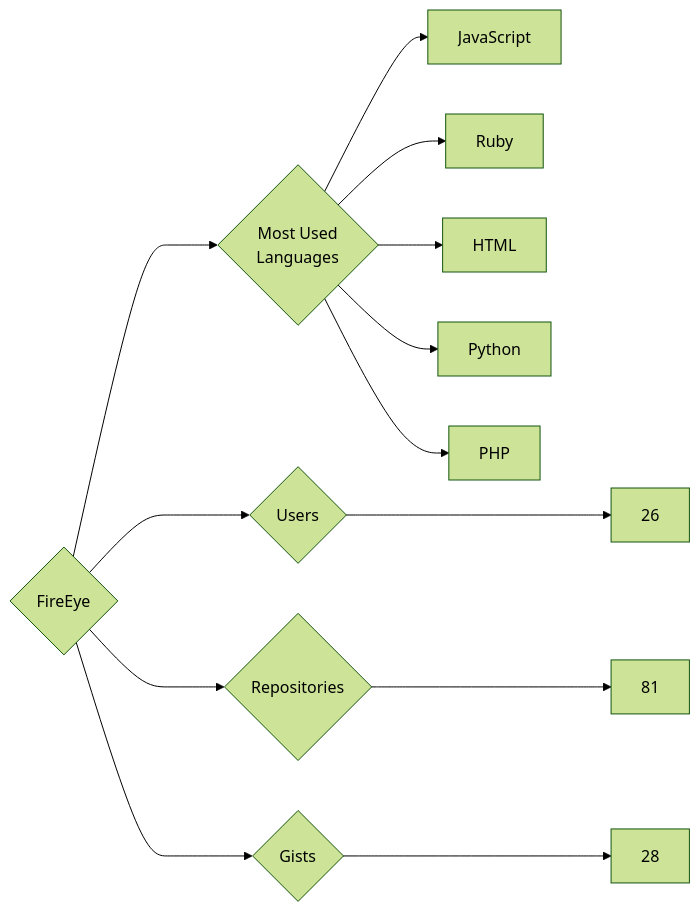
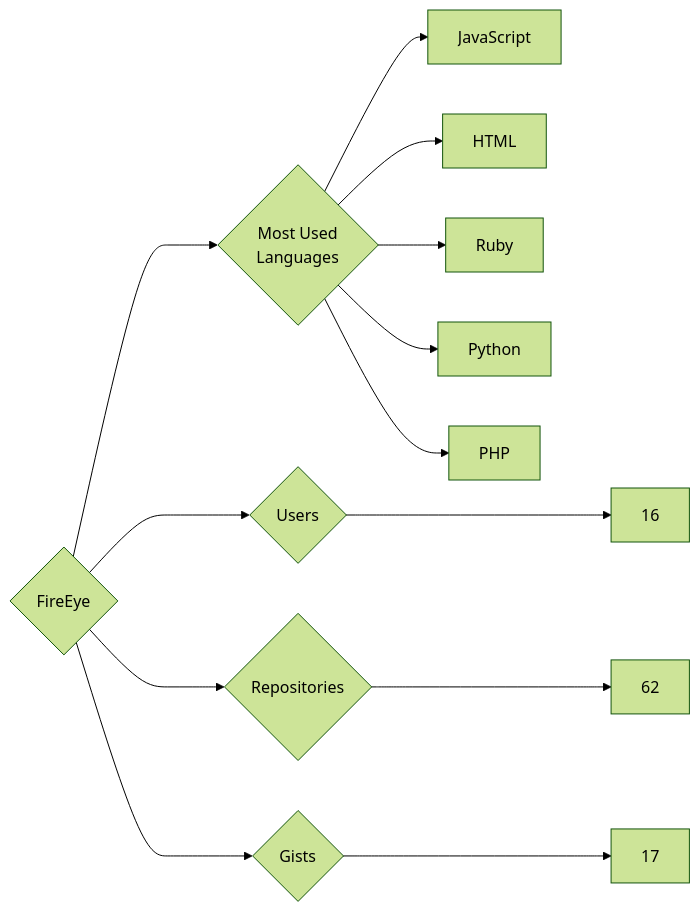
The diagram in targets/FireEye/README.md (trickest/insiders), drawn with Mermaid (forest theme) before and after one commit. The commit also changed 930 other files, not shown here.

````diff
--- a/targets/FireEye/README.md
+++ b/targets/FireEye/README.md
@@ -3,13 +3,13 @@
 ```mermaid
 graph LR
 COMPANY_NAME{FireEye}
-COMPANY_NAME ---> U{Users} ---> UN[26]
-COMPANY_NAME ---> R{Repositories} ---> RN[81]
-COMPANY_NAME ---> G{Gists} ---> GN[28]
+COMPANY_NAME ---> U{Users} ---> UN[16]
+COMPANY_NAME ---> R{Repositories} ---> RN[62]
+COMPANY_NAME ---> G{Gists} ---> GN[17]
 COMPANY_NAME ---> ML{Most Used<br>Languages}
 ML --> JavaScript[JavaScript]
+ML --> HTML[HTML]
 ML --> Ruby[Ruby]
-ML --> HTML[HTML]
 ML --> Python[Python]
 ML --> PHP[PHP]
 ```
````
